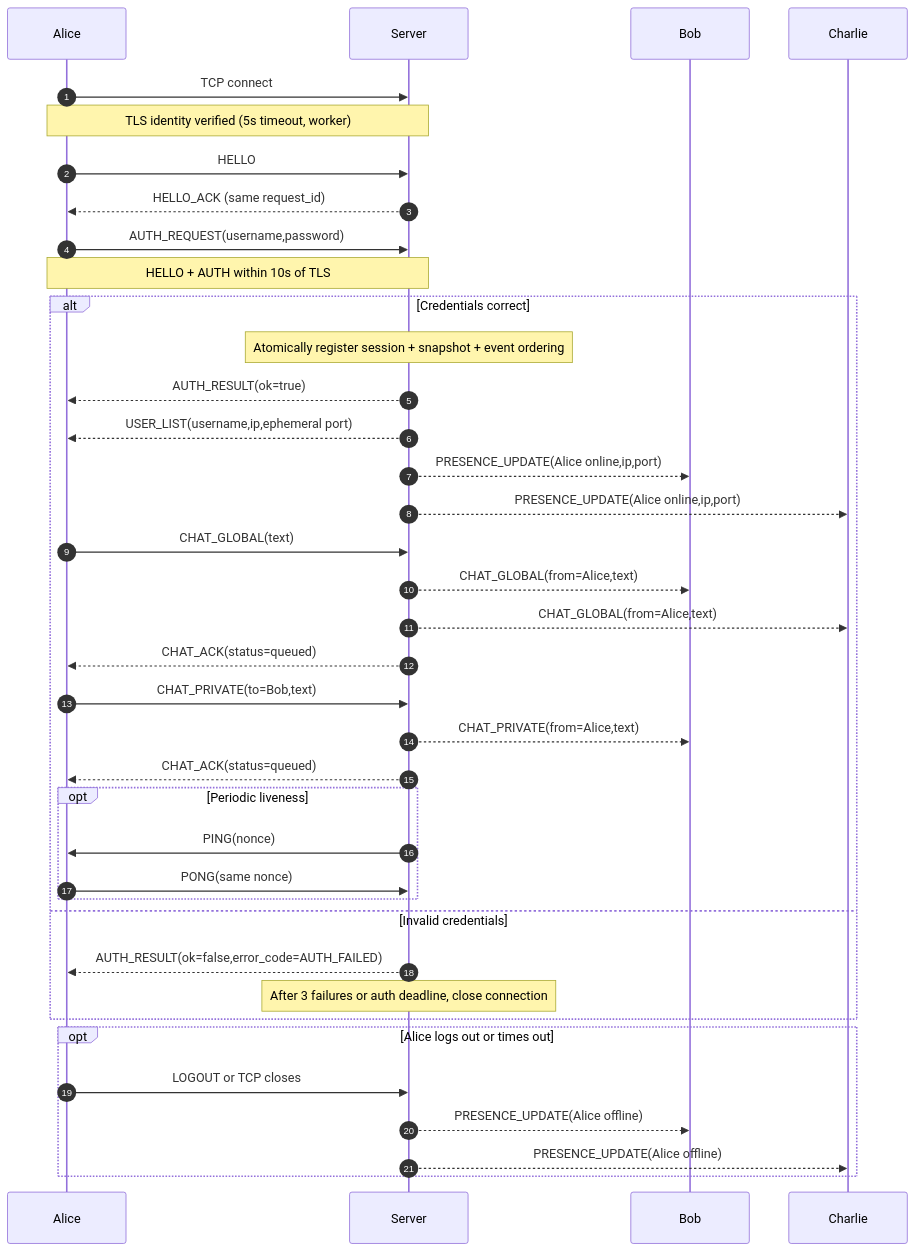
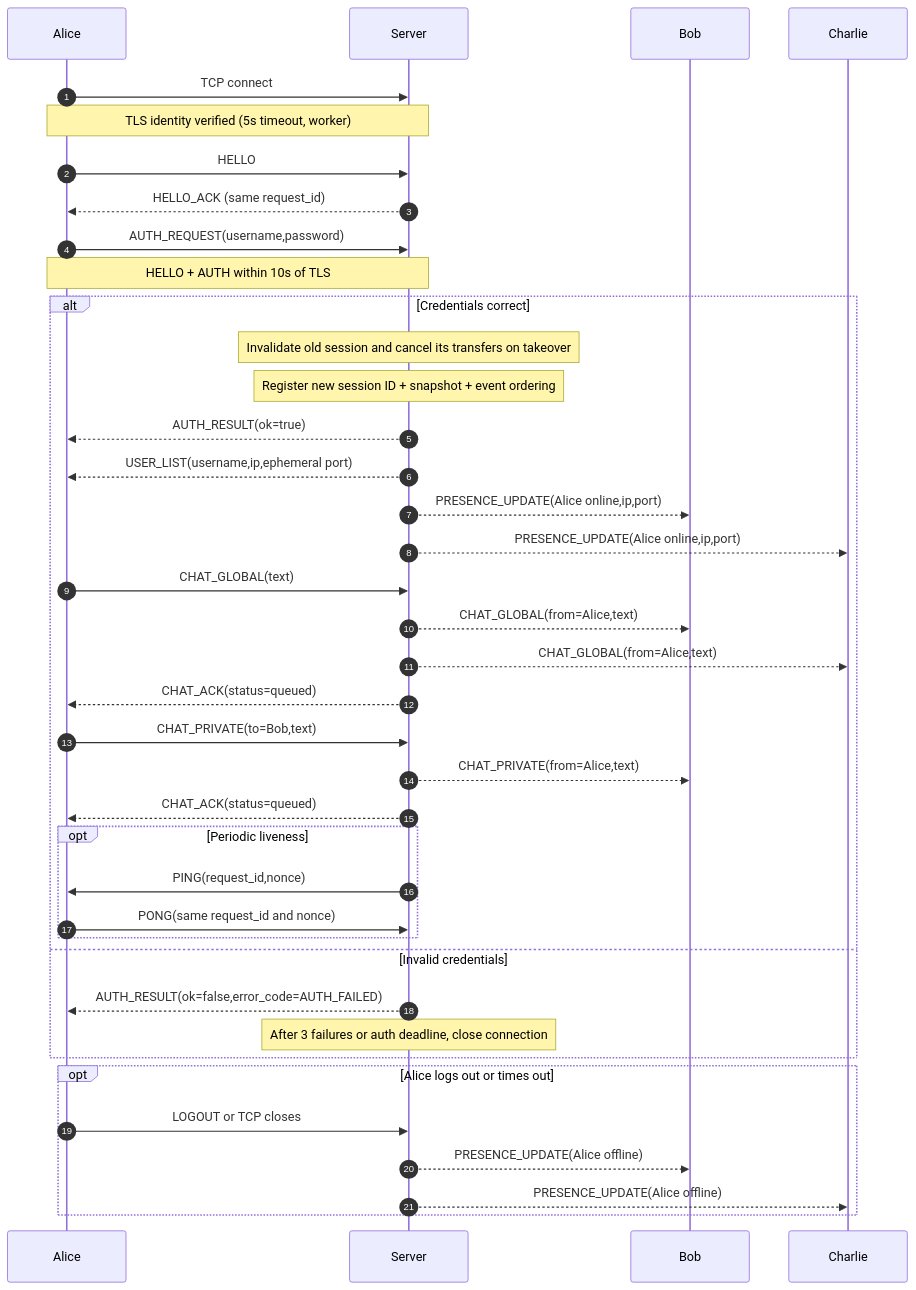
Before and after one commit to 1K-Keem/lan-collab: the diagram in docs/diagrams/connection-and-chat.md, drawn with Mermaid. The commit also changed other lines of this file and 18 other files, not shown here.

````diff
--- a/docs/diagrams/connection-and-chat.md
+++ b/docs/diagrams/connection-and-chat.md
@@ -3,40 +3,41 @@
 ```mermaid
 sequenceDiagram
     autonumber
     participant A as Alice
     participant S as Server
     participant B as Bob
     participant C as Charlie
     A->>S: TCP connect
     Note over A,S: TLS identity verified (5s timeout, worker)
     A->>S: HELLO
     S-->>A: HELLO_ACK (same request_id)
     A->>S: AUTH_REQUEST(username,password)
     Note over A,S: HELLO + AUTH within 10s of TLS
     alt Credentials correct
-        Note over S: Atomically register session + snapshot + event ordering
+        Note over S: Invalidate old session and cancel its transfers on takeover
+        Note over S: Register new session ID + snapshot + event ordering
         S-->>A: AUTH_RESULT(ok=true)
         S-->>A: USER_LIST(username,ip,ephemeral port)
         S-->>B: PRESENCE_UPDATE(Alice online,ip,port)
         S-->>C: PRESENCE_UPDATE(Alice online,ip,port)
         A->>S: CHAT_GLOBAL(text)
         S-->>B: CHAT_GLOBAL(from=Alice,text)
         S-->>C: CHAT_GLOBAL(from=Alice,text)
         S-->>A: CHAT_ACK(status=queued)
         A->>S: CHAT_PRIVATE(to=Bob,text)
         S-->>B: CHAT_PRIVATE(from=Alice,text)
         S-->>A: CHAT_ACK(status=queued)
         opt Periodic liveness
-            S->>A: PING(nonce)
-            A->>S: PONG(same nonce)
+            S->>A: PING(request_id,nonce)
+            A->>S: PONG(same request_id and nonce)
         end
     else Invalid credentials
         S-->>A: AUTH_RESULT(ok=false,error_code=AUTH_FAILED)
         Note over S: After 3 failures or auth deadline, close connection
     end
     opt Alice logs out or times out
         A->>S: LOGOUT or TCP closes
         S-->>B: PRESENCE_UPDATE(Alice offline)
         S-->>C: PRESENCE_UPDATE(Alice offline)
     end
 ```
````
